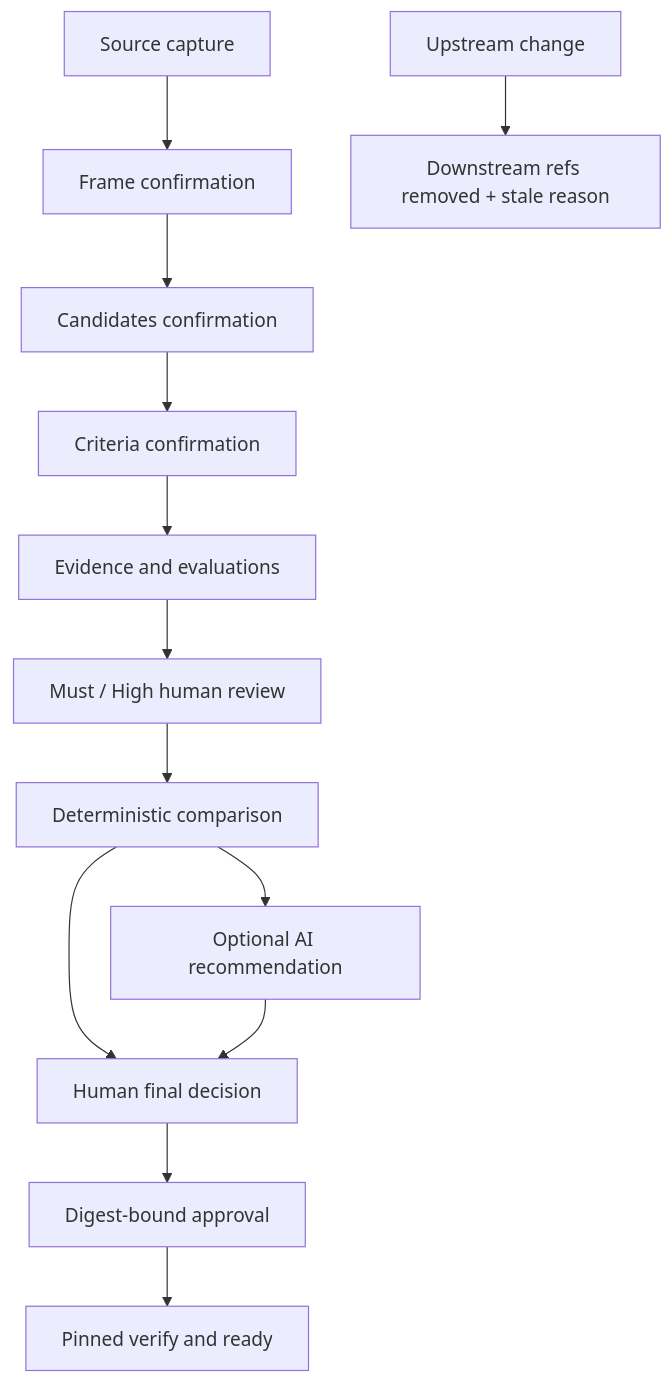
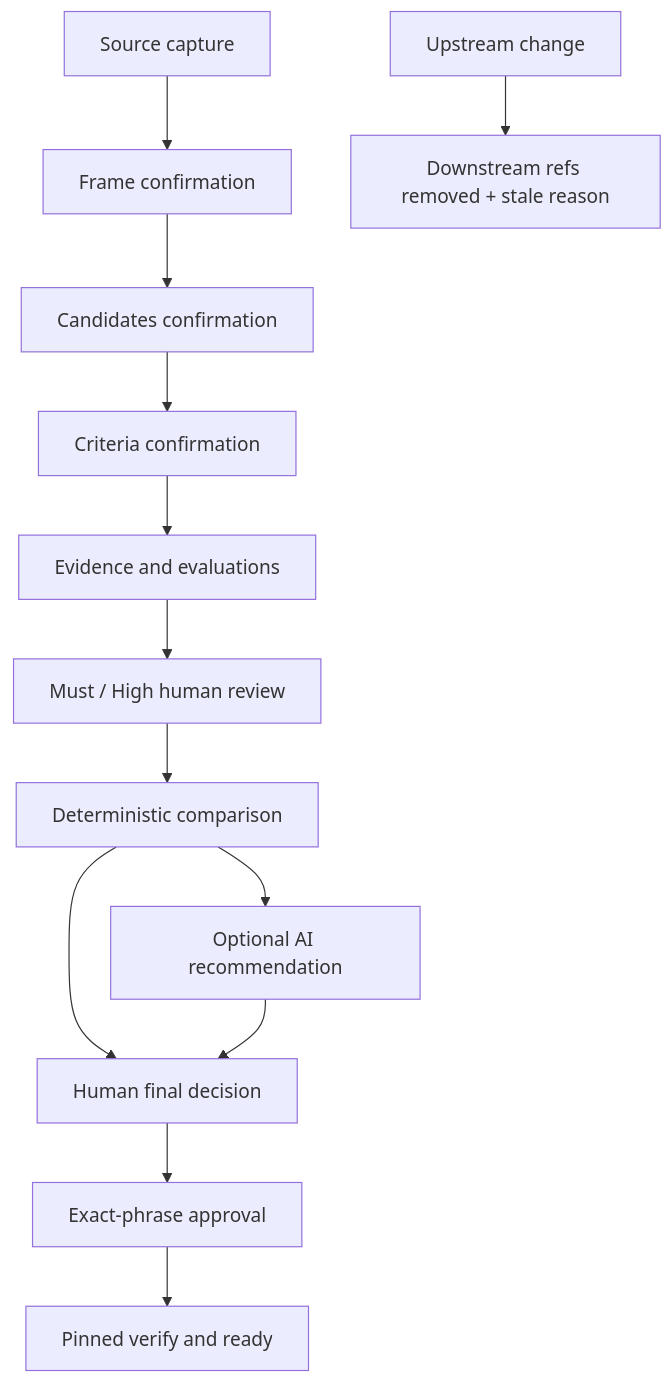
One commit to 5giran/ai-work-harness changed the diagram in README.md. Above: the diagram before and after it, drawn with Mermaid. The commit also changed other lines of this file and 29 other files, not shown here.

````diff
--- a/README.md
+++ b/README.md
@@ -139,15 +105,15 @@
 ```mermaid
 flowchart TD
     A["Source capture"] --> B["Frame confirmation"]
     B --> C["Candidates confirmation"]
     C --> D["Criteria confirmation"]
     D --> E["Evidence and evaluations"]
     E --> F["Must / High human review"]
     F --> G["Deterministic comparison"]
     G --> H["Optional AI recommendation"]
     G --> I["Human final decision"]
     H --> I
-    I --> J["Digest-bound approval"]
+    I --> J["Exact-phrase approval"]
     J --> K["Pinned verify and ready"]
     L["Upstream change"] --> M["Downstream refs removed + stale reason"]
 ```
````
